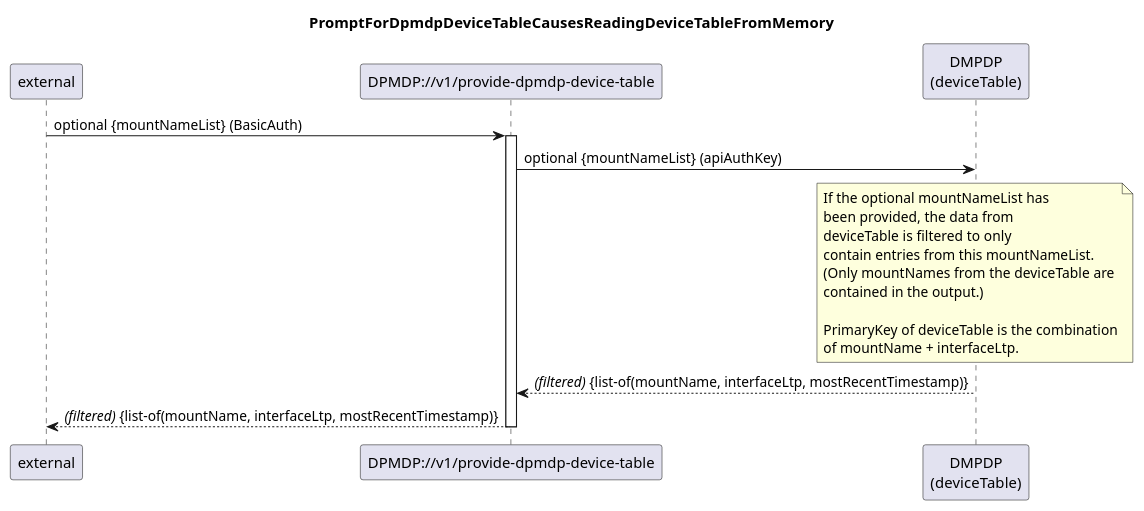
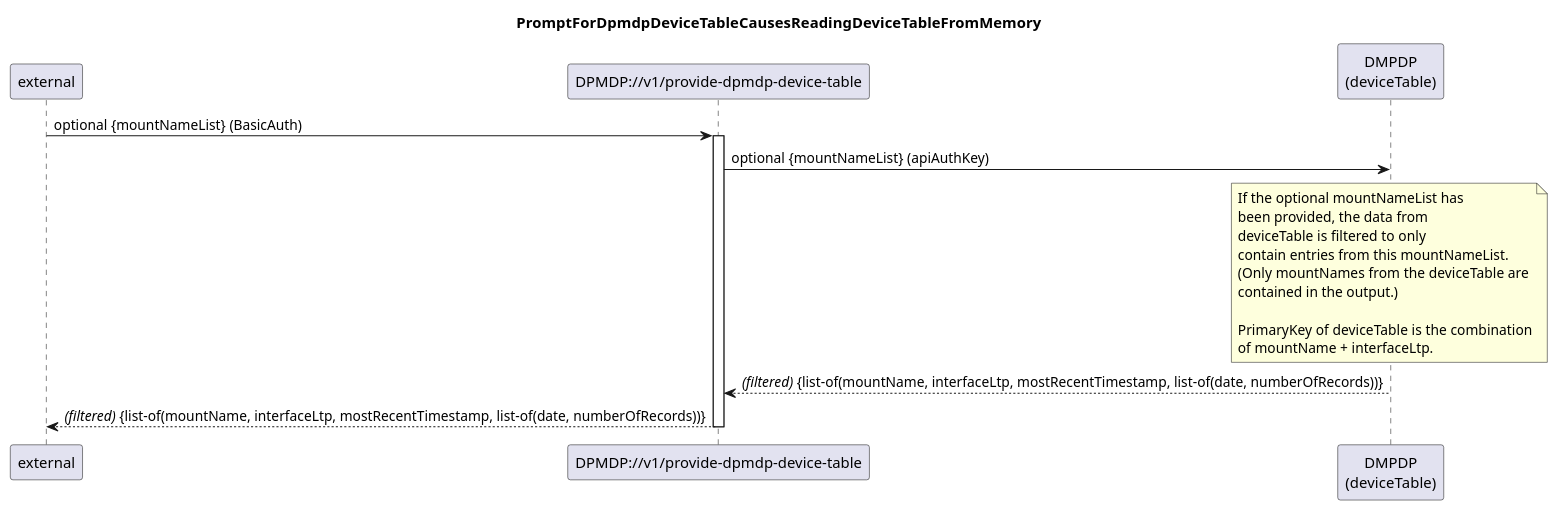
One commit to openBackhaul/DevicePerformanceManagementDataProcessor changed the diagram in spec/diagrams/100_ProvideDpmdpDeviceTable.plantuml. Above: the diagram before and after it, drawn with PlantUML. The commit also changed 7 other files, not shown here.

```diff
--- a/spec/diagrams/100_ProvideDpmdpDeviceTable.plantuml
+++ b/spec/diagrams/100_ProvideDpmdpDeviceTable.plantuml
@@ -1,33 +1,33 @@
 @startuml 100_ProvideDmpmpDeviceTable
 skinparam responseMessageBelowArrow true
 
 title
 PromptForDpmdpDeviceTableCausesReadingDeviceTableFromMemory
 end title
 
 participant "external" as requestor
 participant "DPMDP://v1/provide-dpmdp-device-table" as dpmdp
 participant "DMPDP\n(deviceTable)" as devTable
 
 requestor -> dpmdp: optional {mountNameList} (BasicAuth)
 activate dpmdp
 
 dpmdp -> devTable: optional {mountNameList} (apiAuthKey)
 note over devTable
   If the optional mountNameList has
   been provided, the data from
   deviceTable is filtered to only
   contain entries from this mountNameList.
   (Only mountNames from the deviceTable are
   contained in the output.)
 
   PrimaryKey of deviceTable is the combination
   of mountName + interfaceLtp.
 end note
-devTable --> dpmdp: <i>(filtered)</i> {list-of(mountName, interfaceLtp, mostRecentTimestamp)}
+devTable --> dpmdp: <i>(filtered)</i> {list-of(mountName, interfaceLtp, mostRecentTimestamp, list-of(date, numberOfRecords))}
 
-dpmdp --> requestor: <i>(filtered)</i> {list-of(mountName, interfaceLtp, mostRecentTimestamp)}
+dpmdp --> requestor: <i>(filtered)</i> {list-of(mountName, interfaceLtp, mostRecentTimestamp, list-of(date, numberOfRecords))}
 
 deactivate dpmdp
 
 @enduml
```
